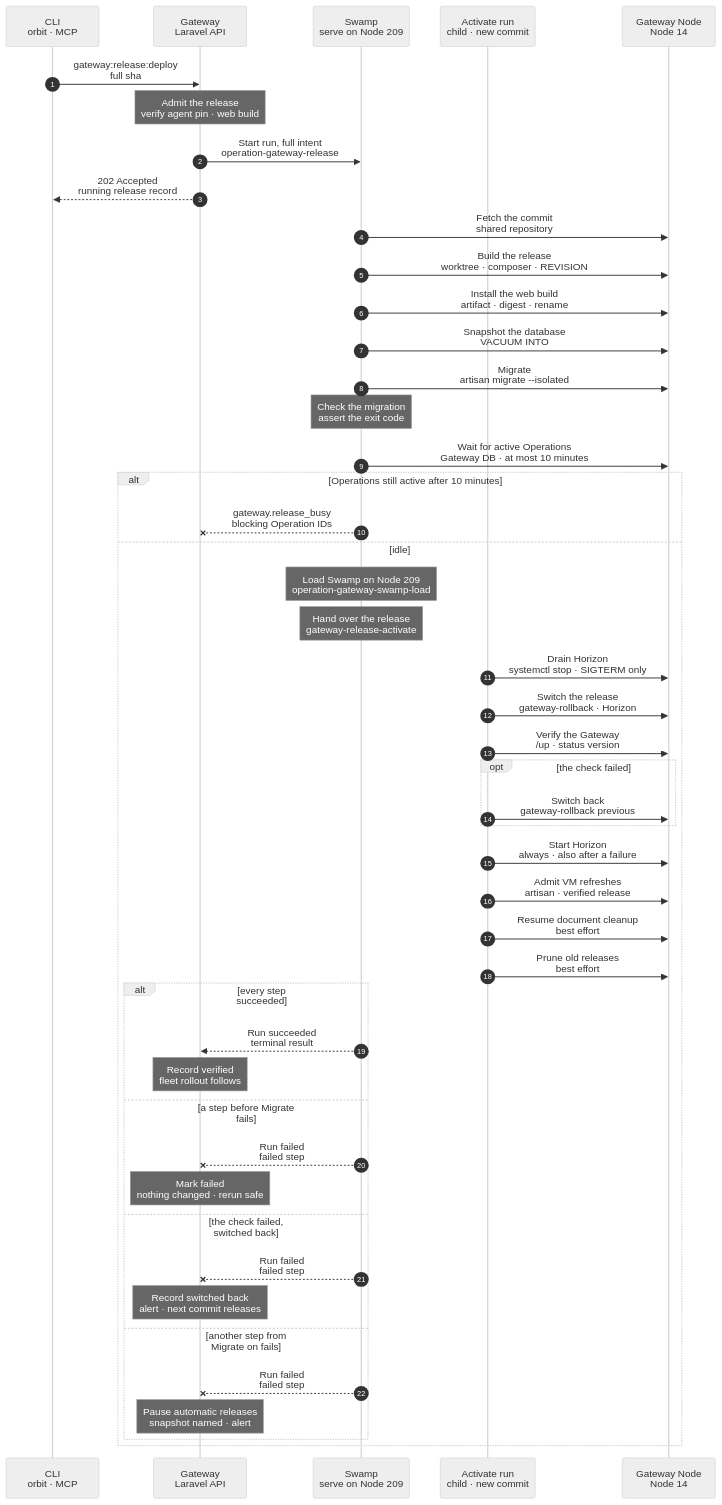
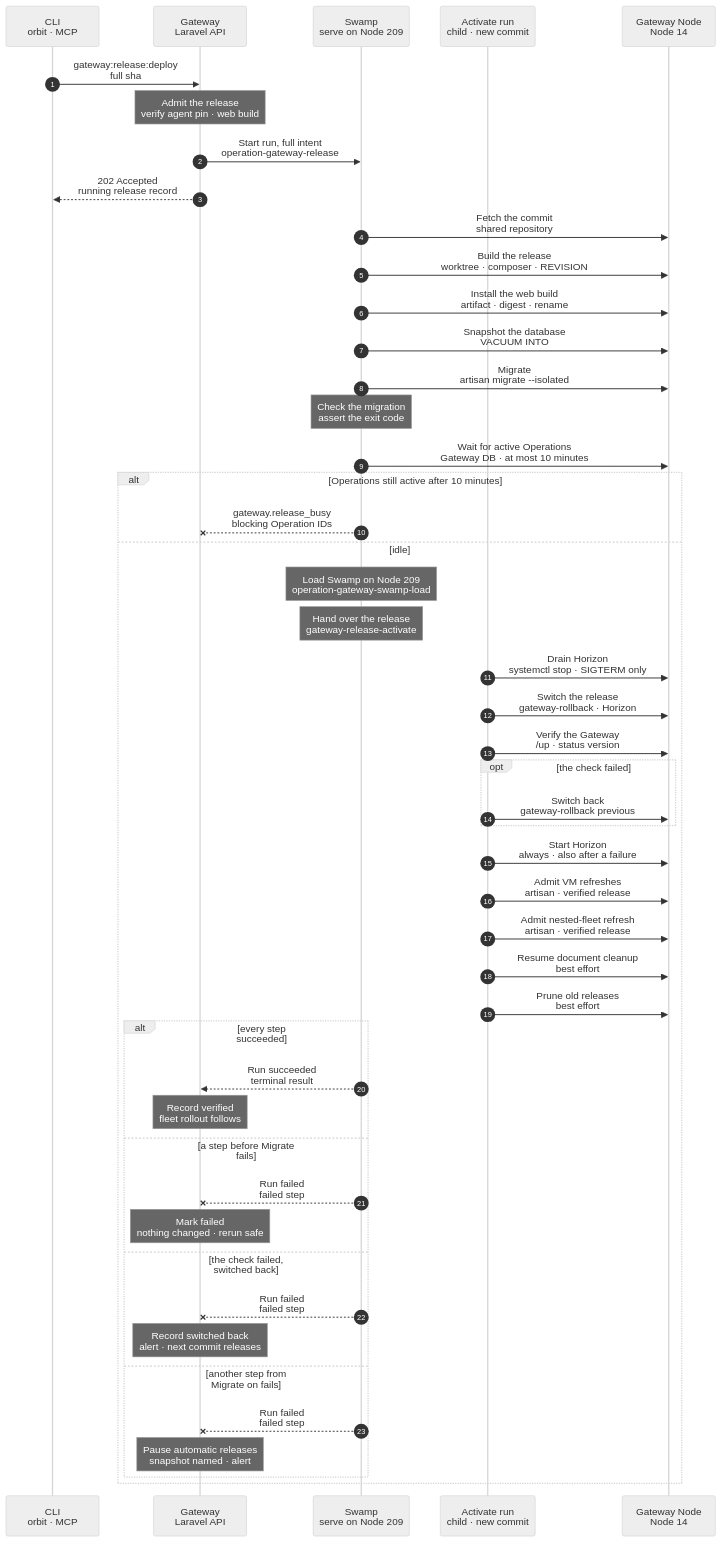
One commit to hardimpactdev/orbit changed the diagram in docs/cli/gateway/release-deploy.mmd. Above: the diagram before and after it, drawn with Mermaid (neutral theme). The commit also changed 50 other files, not shown here.

First line of the commit message:
feat(instances): refresh the nested-fleet default after each release (F3 release hook) (#3562)

```diff
--- a/docs/cli/gateway/release-deploy.mmd
+++ b/docs/cli/gateway/release-deploy.mmd
@@ -1,114 +1,120 @@
 sequenceDiagram
   %% Target design: docs/reference/feature-flow.md section 6, one Swamp workflow per Gateway release, manual or automatic.
   %% A failed check switches back; migrations are expand and contract. docs/reference/gateway-recovery.md#release-as-a-swamp-run.
   %% status: draft
   %% command: gateway:release:deploy
   %% kind: gateway.release
   %% behavior name: gateway-release-<step>-209 (fixed)
   autonumber
   %% lane TR icon=terminal pill=caller tone=gray
   %% lane GW icon=gateway pill=intent tone=blue
   %% lane SW icon=workflow pill=executes tone=green
   %% lane AC icon=workflow pill=child tone=green
   %% lane GN icon=server pill=target tone=amber
   participant TR as CLI<br/>orbit · MCP
   participant GW as Gateway<br/>Laravel API
   participant SW as Swamp<br/>serve on Node 209
   participant AC as Activate run<br/>child · new commit
   participant GN as Gateway Node<br/>Node 14
   TR->>GW: gateway:release:deploy<br/>full sha
   %%> Command:
   %%> - `orbit gateway:release:deploy <full sha>`; the automatic tick admits the newest green commit the same way
   Note over GW: Admit the release<br/>verify agent pin · web build
   %%> Requirements:
   %%> - the full commit; no other release queued or running
   %%> - the agent pin passes its Sigstore check; CI published the commit's web build
   %%> Result:
   %%> - a running release record; the pin, artifact, Horizon unit and SSH targets frozen as inputs
   GW->>SW: Start run, full intent<br/>operation-gateway-release
   %%> What it does:
   %%> - at run start, mints one read token (contents, actions) into the vault
   GW-->>TR: 202 Accepted<br/>running release record
   SW->>GN: Fetch the commit<br/>shared repository
   %%> What it does:
   %%> - fetches the commit with the read token when the shared repository lacks it; the token reaches git only in its environment
   %%> Decided by the orchestrator, for review:
   %%> - the fetch is its own step, so that the build runs its script from the commit being released, not from the live release
   SW->>GN: Build the release<br/>worktree · composer · REVISION
   %%> What it does:
   %%> - refuses a commit that does not descend from the current release
   %%> - links shared env and storage, installs dependencies, seals with `REVISION` and a cached config
   %%> - a sealed release of the commit is reused
   SW->>GN: Install the web build<br/>artifact · digest · rename
   SW->>GN: Snapshot the database<br/>VACUUM INTO
   SW->>GN: Migrate<br/>artisan migrate --isolated
   %%> What it does:
   %%> - prints the end of the migration's output and its exit code; a failed exec would keep no output
   Note over SW: Check the migration<br/>assert the exit code
   %%> On failure:
   %%> - from here until the switch, the release pauses with the old release live
   %%> - the record's message ends with the migration's output
   SW->>GN: Wait for active Operations<br/>Gateway DB · at most 10 minutes
   %%> When:
   %%> - before Swamp load, while the old release and Horizon serve
   %%> - every 5 seconds while queued, running or waiting Operations covered by the [release idle guard](/reference/gateway-recovery#release-idle-guard) remain
   %%> Why:
   %%> - admitted execution input can still depend on the running Gateway code
   %%> On failure:
   %%> - refuses with `gateway.release_busy` and the blocking Operation IDs; the old release and Horizon stay live, and automatic releases pause because migrations ran
   alt Operations still active after 10 minutes
     SW--xGW: gateway.release_busy<br/>blocking Operation IDs
   else idle
     Note over SW: Load Swamp on Node 209<br/>operation-gateway-swamp-load
     %%> What it does:
     %%> - the load child: checkout, grants the new release rendered, serve reload
     Note over SW: Hand over the release<br/>gateway-release-activate
     %%> Why:
     %%> - the child runs from the definition the load installed, so the switch runs the new commit's steps
     AC->>GN: Drain Horizon<br/>systemctl stop · SIGTERM only
     %%> What it does:
     %%> - waits until the unit's whole control group is empty, as long as the drain allows; Horizon's jobs open SSH connections of their own, so no shared connection master stays in the group, and the wait covers any other process a job leaves
     %%> - refuses to stop a unit that lacks the stop policy (`KillMode=mixed`, `SendSIGKILL=no`), because it would kill a running job
     %%> On failure:
     %%> - the run fails with `gateway.release_horizon_unit_stale` for a unit without the policy, or `gateway.release_horizon_not_drained` when the unit did not stop in time; Horizon is started again below
     AC->>GN: Switch the release<br/>gateway-rollback · Horizon
     %%> Why:
     %%> - the same script an operator rolls back with: links, PHP-FPM reload, running services restart
     AC->>GN: Verify the Gateway<br/>/up · status version
     opt the check failed
       AC->>GN: Switch back<br/>gateway-rollback previous
     end
     AC->>GN: Start Horizon<br/>always · also after a failure
     %%> Why:
     %%> - the release drained Horizon, so every end of the run leaves it running: the old release after a failed drain or a switch back, the new one after a verified switch
     %%> - starting a running unit changes nothing
     %%> Decided by the orchestrator, for review:
     %%> - the drain relies on the unit's stop policy alone; the rollback script no longer starts a stopped Horizon, because this step does after every end of the run
     AC->>GN: Admit VM refreshes<br/>artisan · verified release
     %%> Held hosts:
     %%> - the step output names each held host as `skipped:operator_hold`; no refresh Operation starts for it
     %%> What it does:
     %%> - only after verification succeeds and Start Horizon finishes, admits one `task_vm.image_refresh` per task VM host without an image refresh hold with the new release's artisan
     %%> - the new Horizon workers consume the queued start jobs; the release waits only for admission, never for refresh completion
     %%> On failure:
     %%> - best effort: admission failure never fails the release
+    AC->>GN: Admit nested-fleet refresh<br/>artisan · verified release
+    %%> What it does:
+    %%> - after the same checks, admits one `instance.deploy` to the release commit for each nested-fleet default on a switched-on Node (instance/container/fleet-refresh.mmd)
+    %%> - with no such default it prints one line and admits nothing; it never calls the task VM refresh
+    %%> On failure:
+    %%> - best effort: a refusal or a failed admission never fails the release, and nothing waits for the refresh
     AC->>GN: Resume document cleanup<br/>best effort
     %%> Why:
     %%> - the scheduler restart paused the release cleanups; one that stays paused never fails the release
     AC->>GN: Prune old releases<br/>best effort
     alt every step succeeded
       SW-->>GW: Run succeeded<br/>terminal result
       Note over GW: Record verified<br/>fleet rollout follows
       %%> Next:
       %%> - the Gateway queues one `fleet.rollout` admission for the Nodes behind this commit (`fleet:rollout`)
     else a step before Migrate fails
       SW--xGW: Run failed<br/>failed step
       Note over GW: Mark failed<br/>nothing changed · rerun safe
     else the check failed, switched back
       SW--xGW: Run failed<br/>failed step
       Note over GW: Record switched back<br/>alert · next commit releases
     else another step from Migrate on fails
       SW--xGW: Run failed<br/>failed step
       Note over GW: Pause automatic releases<br/>snapshot named · alert
     end
   end
```
